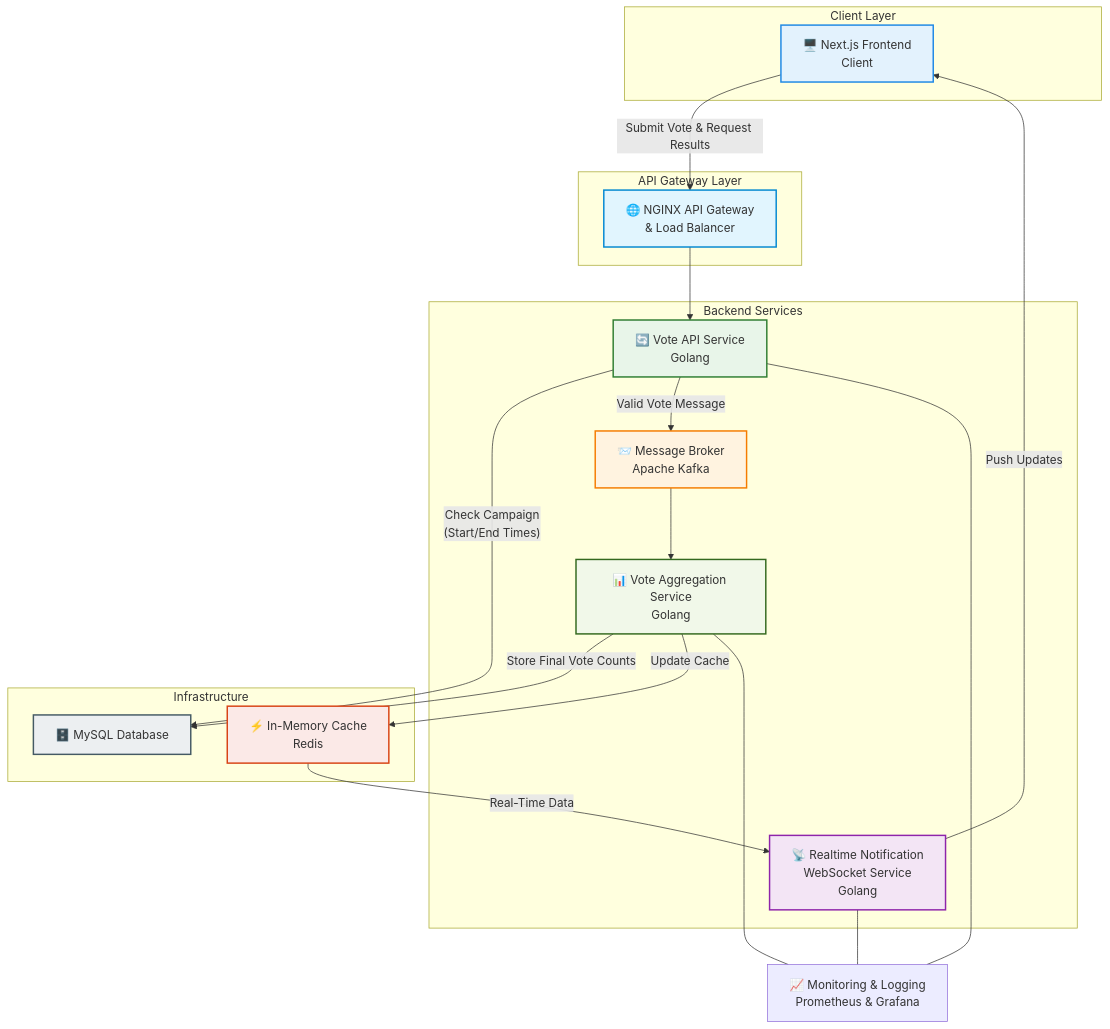
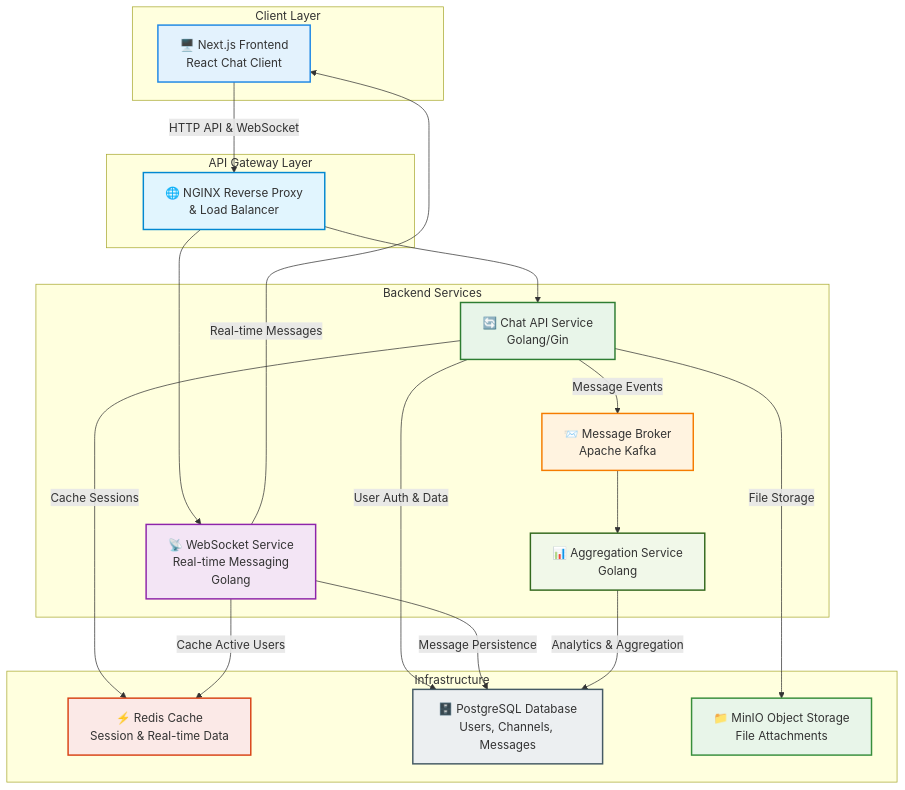
Before and after one commit to EricNguyen1206/Notify: the diagram in README.md, drawn with Mermaid. The commit also changed other lines of this file and 6 other files, not shown here.

````diff
--- a/README.md
+++ b/README.md
@@ -13,66 +13,66 @@
 ```mermaid
 %%{
   init: {
     'theme': 'forest',
     'themeVariables': {
       'primaryColor': '#BB2528',
       'primaryTextColor': '#000',
     }
   }
 }%%
 flowchart TD
     %% Client Layer
     subgraph Client Layer
-        A[🖥️ Next.js Frontend<br/>Client]
+        A[🖥️ Next.js Frontend<br/>React Chat Client]
     end
     style A fill:#E3F2FD,stroke:#1E88E5,stroke-width:2px
 
     %% API Gateway Layer
     subgraph API Gateway Layer
-        B[🌐 NGINX API Gateway<br/>& Load Balancer]
+        B[🌐 NGINX Reverse Proxy<br/>& Load Balancer]
     end
     style B fill:#E1F5FE,stroke:#0288D1,stroke-width:2px
 
     %% Backend Services Layer
     subgraph Backend Services
-        C[🔄 Vote API Service<br/>Golang]
+        C[🔄 Chat API Service<br/>Golang/Gin]
+        G[📡 WebSocket Service<br/>Real-time Messaging<br/>Golang]
         D[📨 Message Broker<br/>Apache Kafka]
-        E[📊 Vote Aggregation Service<br/>Golang]
-        G[📡 Realtime Notification<br/>WebSocket Service<br/>Golang]
+        E[📊 Aggregation Service<br/>Golang]
     end
     style C fill:#E8F5E9,stroke:#2E7D32,stroke-width:2px
+    style G fill:#F3E5F5,stroke:#8E24AA,stroke-width:2px
     style D fill:#FFF3E0,stroke:#F57C00,stroke-width:2px
     style E fill:#F1F8E9,stroke:#33691E,stroke-width:2px
-    style G fill:#F3E5F5,stroke:#8E24AA,stroke-width:2px
 
     %% Supporting Infrastructure Layer
     subgraph Infrastructure
-        F[⚡ In-Memory Cache<br/>Redis]
-        H[🗄️ MySQL Database]
+        F[⚡ Redis Cache<br/>Session & Real-time Data]
+        H[🗄️ PostgreSQL Database<br/>Users, Channels, Messages]
+        I[📁 MinIO Object Storage<br/>File Attachments]
     end
     style F fill:#FBE9E7,stroke:#D84315,stroke-width:2px
     style H fill:#ECEFF1,stroke:#455A64,stroke-width:2px
+    style I fill:#E8F5E9,stroke:#388E3C,stroke-width:2px
 
     %% Connections
-    A -- "Submit Vote & Request Results" --> B
+    A -- "HTTP API & WebSocket" --> B
     B --> C
+    B --> G
 
-    %% Vote API Service interactions
-    C -- "Check Campaign<br/>(Start/End Times)" --> H
-    C -- "Valid Vote Message" --> D
+    %% Chat API Service interactions
+    C -- "User Auth & Data" --> H
+    C -- "Cache Sessions" --> F
+    C -- "File Storage" --> I
 
-    %% Vote Processing Pipeline
+    %% WebSocket Service interactions
+    G -- "Real-time Messages" --> A
+    G -- "Message Persistence" --> H
+    G -- "Cache Active Users" --> F
+
+    %% Message Processing Pipeline
+    C -- "Message Events" --> D
     D --> E
-    E -- "Store Final Vote Counts" --> H
-    E -- "Update Cache" --> F
-
-    %% Real-Time Updates
-    F -- "Real-Time Data" --> G
-    G -- "Push Updates" --> A
-
-    %% Optional Monitoring & Logging (Not colored for brevity)
-    C --- M[📈 Monitoring & Logging <br/> Prometheus & Grafana]
-    E --- M
-    G --- M
+    E -- "Analytics & Aggregation" --> H
 
 ```
````
